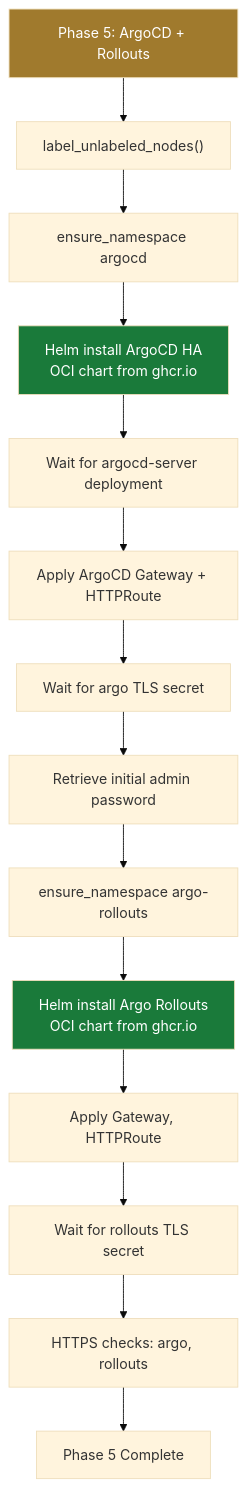
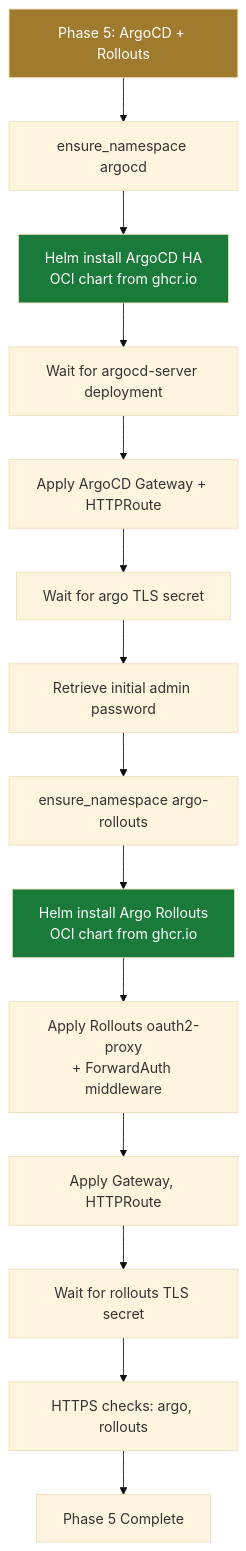
Before and after one commit to derhornspieler/harvester-rke2-platform: the ninth of 22 diagrams in docs/engineering/deployment-automation.md, drawn with Mermaid (base theme). The commit also changed other lines of this file and 50 other files, not shown here.

````diff
--- a/docs/engineering/deployment-automation.md
+++ b/docs/engineering/deployment-automation.md
@@ -568,24 +610,23 @@
 ```mermaid
 flowchart TD
-    START["Phase 5: ArgoCD + Rollouts"] --> LABELS["label_unlabeled_nodes()"]
-
-    LABELS --> ARGONS["ensure_namespace argocd"]
+    START["Phase 5: ArgoCD + Rollouts"] --> ARGONS["ensure_namespace argocd"]
     ARGONS --> ARGOCD["Helm install ArgoCD HA<br/>OCI chart from ghcr.io"]
     ARGOCD --> ARGOWAIT["Wait for argocd-server deployment"]
     ARGOWAIT --> ARGOGW["Apply ArgoCD Gateway + HTTPRoute"]
     ARGOGW --> ARGOTLS["Wait for argo TLS secret"]
     ARGOTLS --> ARGOPASS["Retrieve initial admin password"]
 
     ARGOPASS --> ROLLNS["ensure_namespace argo-rollouts"]
     ROLLNS --> ROLLOUTS["Helm install Argo Rollouts<br/>OCI chart from ghcr.io"]
-    ROLLOUTS --> ROLLGW["Apply Gateway, HTTPRoute"]
+    ROLLOUTS --> ROLLOAUTH["Apply Rollouts oauth2-proxy<br/>+ ForwardAuth middleware"]
+    ROLLOAUTH --> ROLLGW["Apply Gateway, HTTPRoute"]
     ROLLGW --> ROLLTLS["Wait for rollouts TLS secret"]
 
     ROLLTLS --> HTTPS["HTTPS checks: argo, rollouts"]
 
     HTTPS --> DONE["Phase 5 Complete"]
 
     style START fill:#a07a2d,color:#fff
     style ARGOCD fill:#1a7a3a,color:#fff
     style ROLLOUTS fill:#1a7a3a,color:#fff
 ```
````
